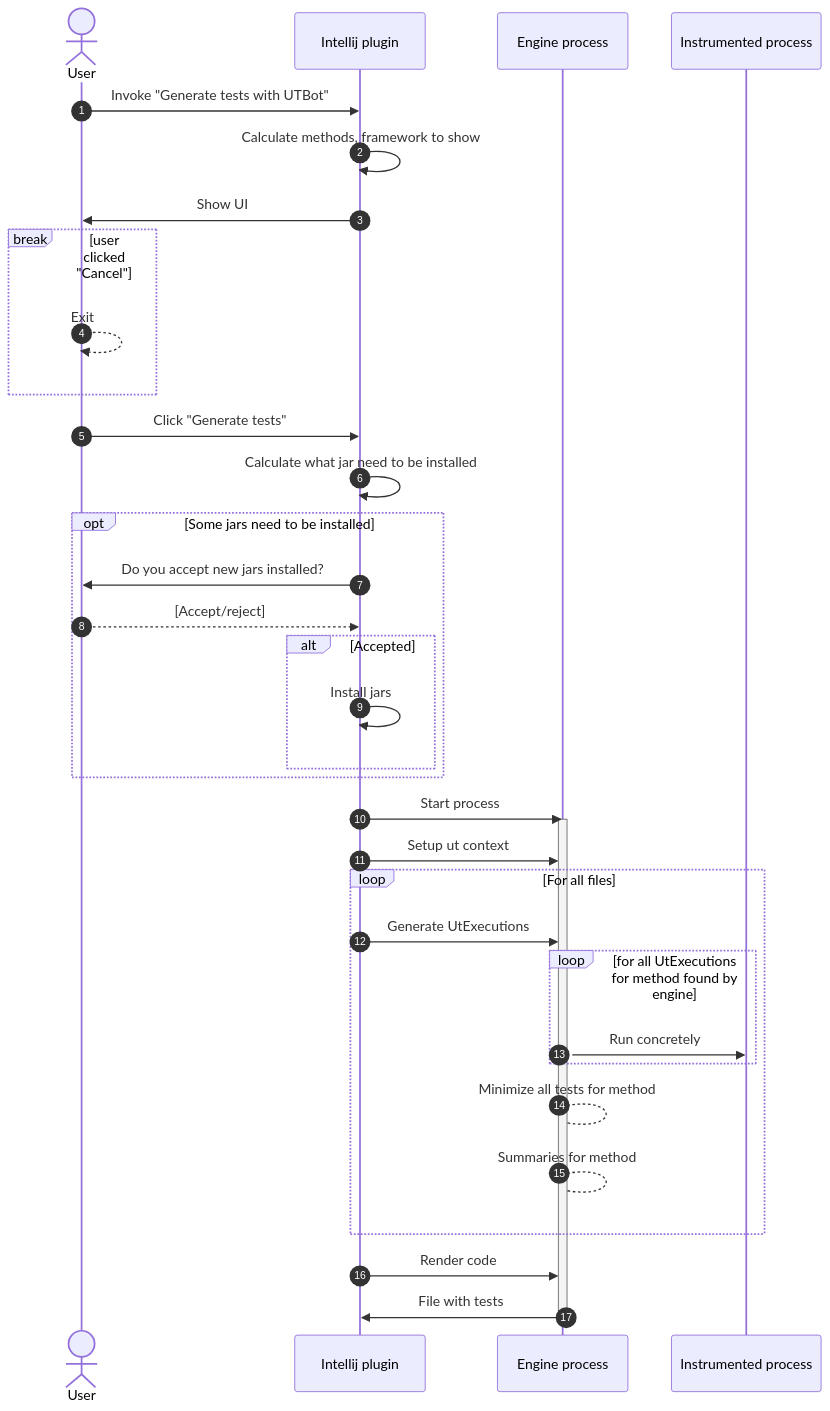
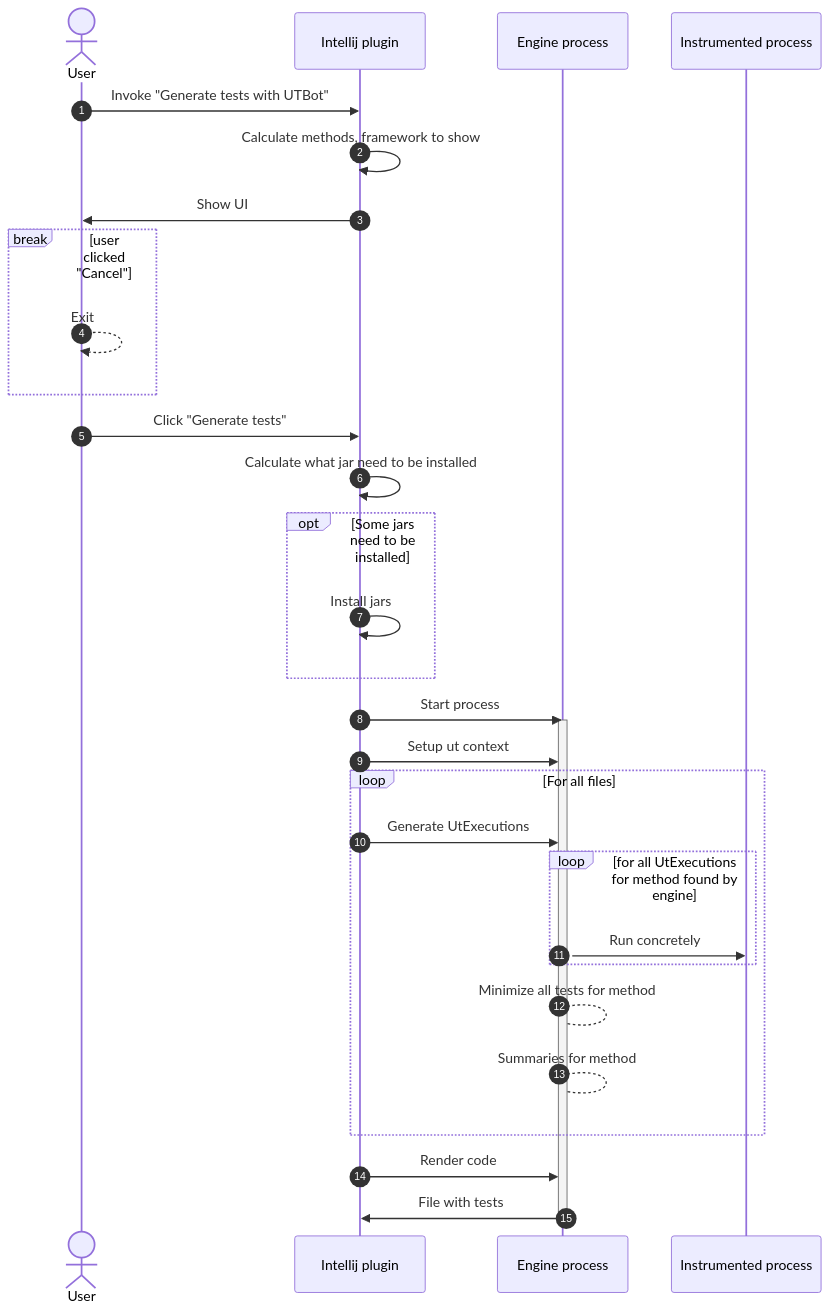
One commit to UnitTestBot/UTBotJava changed the second of 2 diagrams in docs/OverallArchitecture.md. Above: the diagram before and after it, drawn with Mermaid.

Commit message:
OverallArchitecture diagram install jars correction (#1434)

````diff
--- a/docs/OverallArchitecture.md
+++ b/docs/OverallArchitecture.md
@@ -68,45 +68,40 @@
 ```mermaid
 sequenceDiagram
     autonumber
     actor user as User
     participant ij as Intellij plugin
     participant engine as Engine process
     participant concrete as Instrumented process
     
     user ->> ij: Invoke "Generate tests with UTBot"
     ij ->> ij: Calculate methods, framework to show
     ij ->> user: Show UI
 
     break user clicked "Cancel"
         user -->> user: Exit
     end
     user ->> ij: Click "Generate tests"
     ij ->> ij: Calculate what jar need to be installed
         
     opt Some jars need to be installed  
-        ij ->> user: Do you accept new jars installed?
-        user -->> ij: [Accept/reject]
-        
-        alt Accepted
             ij ->> ij: Install jars
-        end
     end
 
     ij ->> engine: Start process
     activate engine
     ij ->> engine: Setup ut context
     
     loop For all files
         ij ->> engine: Generate UtExecutions
         loop for all UtExecutions for method found by engine
             engine ->> concrete: Run concretely            
         end
         engine --> engine: Minimize all tests for method
         engine --> engine: Summaries for method
     end
     ij ->> engine: Render code
     engine ->> ij: File with tests
     deactivate engine
 
     
 ```
````
